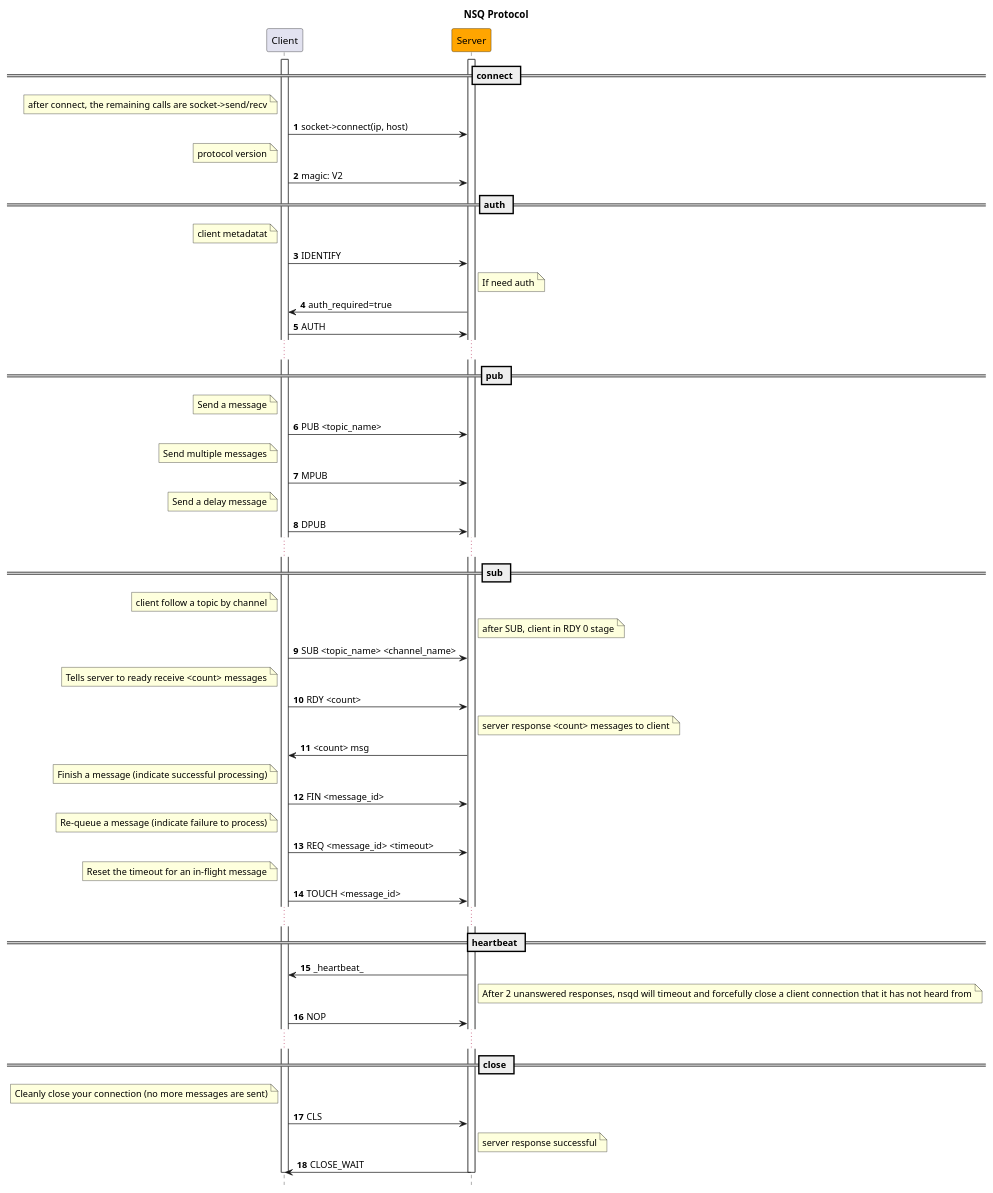
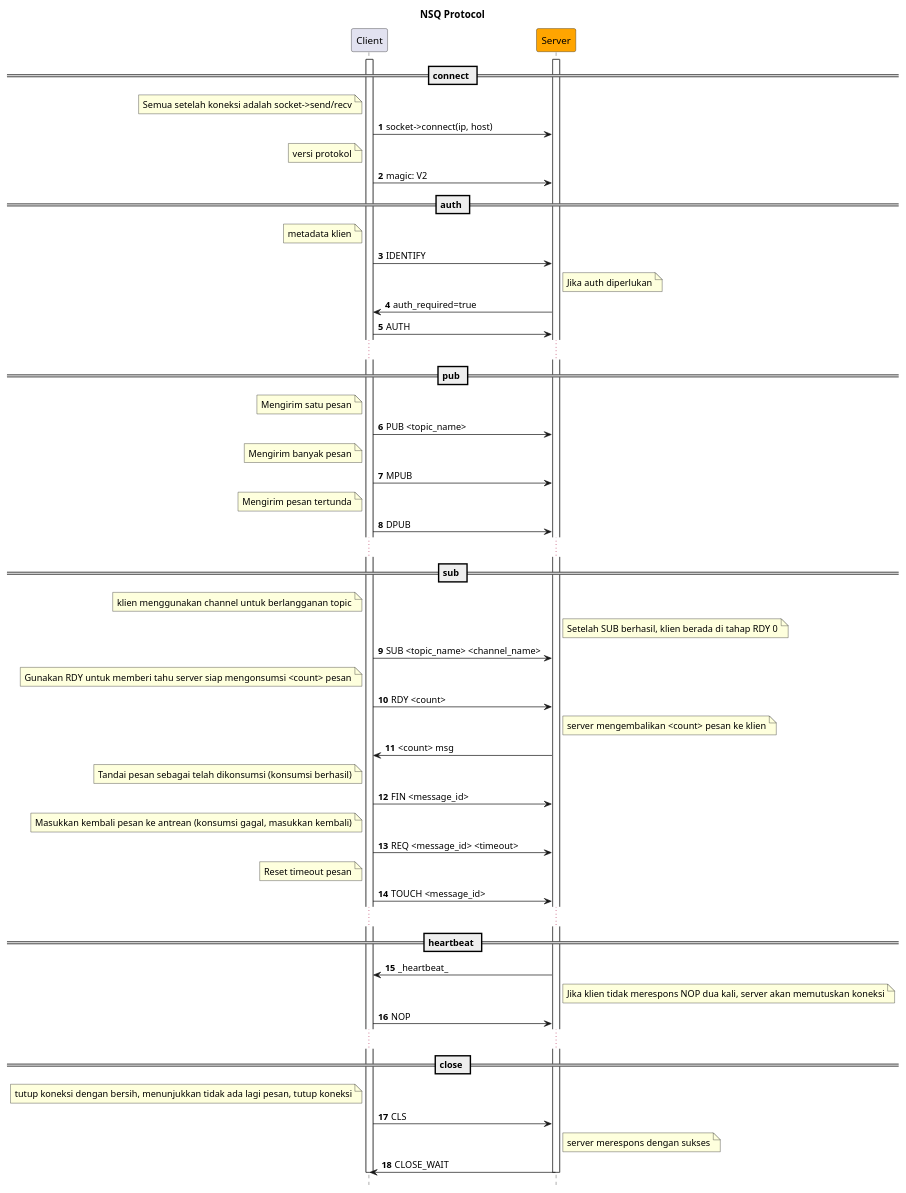
Before and after one commit to hyperf/hyperf: the second of 2 diagrams in docs/id/nsq.md, drawn with PlantUML. The commit also changed other lines of this file and 9 other files, not shown here.

````diff
--- a/docs/id/nsq.md
+++ b/docs/id/nsq.md
@@ -342,69 +298,69 @@
 ```plantuml
 @startuml
 
 autonumber
 hide footbox
 title **NSQ Protocol**
 
 participant "Client" as client
 participant "Server" as server #orange
 
 activate client
 activate server
 
 == connect ==
-note left of client: after connect, the remaining calls are socket->send/recv
+note left of client: Semua setelah koneksi adalah socket->send/recv
 client -> server: socket->connect(ip, host)
-note left of client: protocol version
+note left of client: versi protokol
 client->server: magic: V2
 
 == auth ==
-note left of client: client metadatat
+note left of client: metadata klien
 client->server: IDENTIFY
-note right of server: If need auth
+note right of server: Jika auth diperlukan
 server->client: auth_required=true
 client->server: AUTH
 ...
 
 == pub ==
-note left of client: Send a message
+note left of client: Mengirim satu pesan
 client -> server: PUB <topic_name>
-note left of client: Send multiple messages
+note left of client: Mengirim banyak pesan
 client -> server: MPUB
-note left of client: Send a delay message
+note left of client: Mengirim pesan tertunda
 client -> server: DPUB
 ...
 
 == sub ==
-note left of client: client follow a topic by channel
-note right of server: after SUB, client in RDY 0 stage
+note left of client: klien menggunakan channel untuk berlangganan topic
+note right of server: Setelah SUB berhasil, klien berada di tahap RDY 0
 client -> server: SUB <topic_name> <channel_name>
-note left of client: Tells server to ready receive <count> messages
+note left of client: Gunakan RDY untuk memberi tahu server siap mengonsumsi <count> pesan
 client -> server: RDY <count>
-note right of server: server response <count> messages to client
+note right of server: server mengembalikan <count> pesan ke klien
 server -> client: <count> msg
-note left of client: Finish a message (indicate successful processing)
+note left of client: Tandai pesan sebagai telah dikonsumsi (konsumsi berhasil)
 client -> server: FIN <message_id>
-note left of client: Re-queue a message (indicate failure to process)
+note left of client: Masukkan kembali pesan ke antrean (konsumsi gagal, masukkan kembali)
 client -> server: REQ <message_id> <timeout>
-note left of client: Reset the timeout for an in-flight message
+note left of client: Reset timeout pesan
 client -> server: TOUCH <message_id>
 ...
 
 == heartbeat ==
 server -> client: _heartbeat_
-note right of server: After 2 unanswered responses, nsqd will timeout and forcefully close a client connection that it has not heard from
+note right of server: Jika klien tidak merespons NOP dua kali, server akan memutuskan koneksi
 client -> server: NOP
 ...
 
 == close ==
-note left of client: Cleanly close your connection (no more messages are sent)
+note left of client: tutup koneksi dengan bersih, menunjukkan tidak ada lagi pesan, tutup koneksi
 client -> server: CLS
-note right of server: server response successful
+note right of server: server merespons dengan sukses
 server -> client: CLOSE_WAIT
 
 deactivate client
 deactivate server
 
 @enduml
 ```
````
